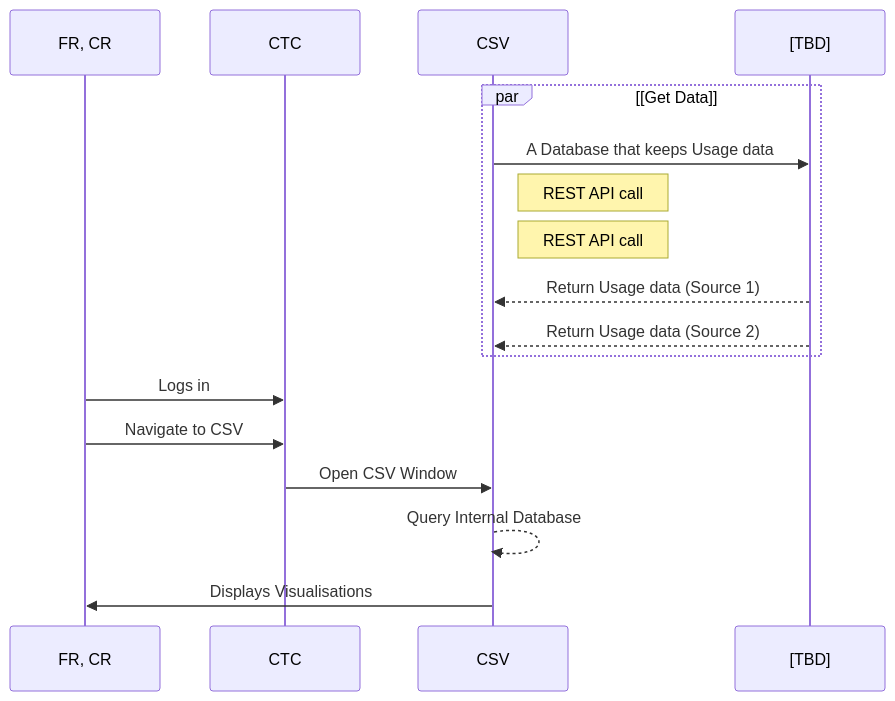
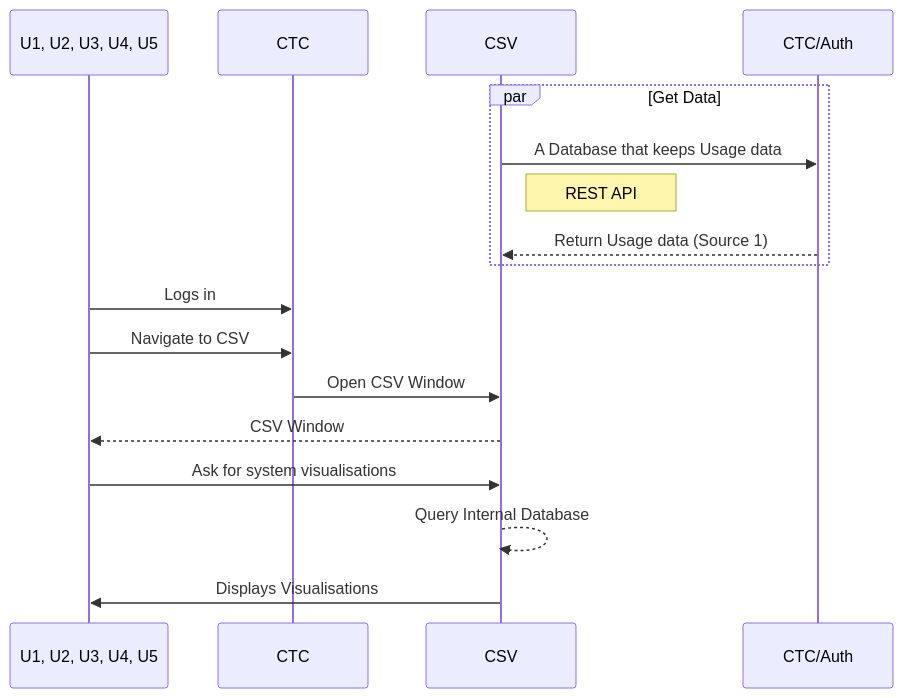
One commit to mactsouk/UC-mermaid changed the diagram in UC-A-03.md. Above: the diagram before and after it, drawn with Mermaid. The commit also changed other lines of this file and 3 other files, not shown here.

````diff
--- a/UC-A-03.md
+++ b/UC-A-03.md
@@ -3,21 +9,22 @@
 ```mermaid
 sequenceDiagram
-    participant U as FR, CR
+    participant U as U1, U2, U3, U4, U5
     participant CTC
-    participant CSV
-    participant TBD as [TBD]
+    participant CSV as CSV
+    participant CTC_Auth as CTC/Auth
 
-    par [Get Data]
-        CSV->>TBD: A Database that keeps Usage data
-        Note right of CSV: REST API call
-        Note right of CSV: REST API call
-        TBD-->>CSV: Return Usage data (Source 1)
-        TBD-->>CSV: Return Usage data (Source 2)
+    par Get Data
+        CSV->>CTC_Auth: A Database that keeps Usage data
+        Note right of CSV: REST API
+        CTC_Auth-->>CSV: Return Usage data (Source 1)
     end
 
     U->>CTC: Logs in
     U->>CTC: Navigate to CSV
     CTC->>CSV: Open CSV Window
+    CSV-->>U: CSV Window
+
+    U ->>CSV: Ask for system visualisations
     CSV-->>CSV: Query Internal Database
     CSV->>U: Displays Visualisations
 ```
````
